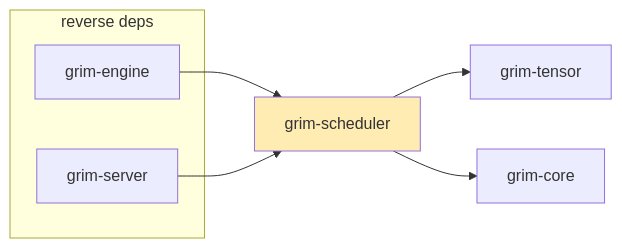
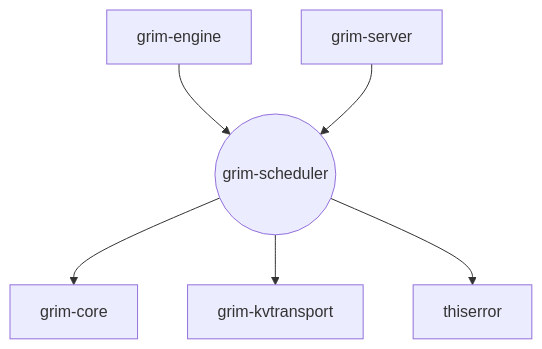
One commit to sydonayrex/grim changed the diagram in crates/grim-scheduler/README.md. Above: the diagram before and after it, drawn with Mermaid. The commit also changed other lines of this file and 53 other files, not shown here.

````diff
--- a/crates/grim-scheduler/README.md
+++ b/crates/grim-scheduler/README.md
@@ -17,15 +10,14 @@
 ```mermaid
-graph LR
-    A[grim-scheduler] --> B[grim-tensor]
-    A --> C[grim-core]
+graph TD
+    %% Focal Node
+    grim-scheduler(("grim-scheduler"))
 
-    subgraph "reverse deps"
-        D1[grim-engine]
-        D2[grim-server]
-    end
+    %% Workspace Dependencies
+    grim-scheduler --> grim-core
+    grim-scheduler --> grim-kvtransport
+    grim-scheduler --> thiserror
 
-    D1 --> A
-    D2 --> A
-
-    style A fill:#ffecb3
+    %% Reverse Workspace Dependents
+    grim-engine --> grim-scheduler
+    grim-server --> grim-scheduler
 ```
````
